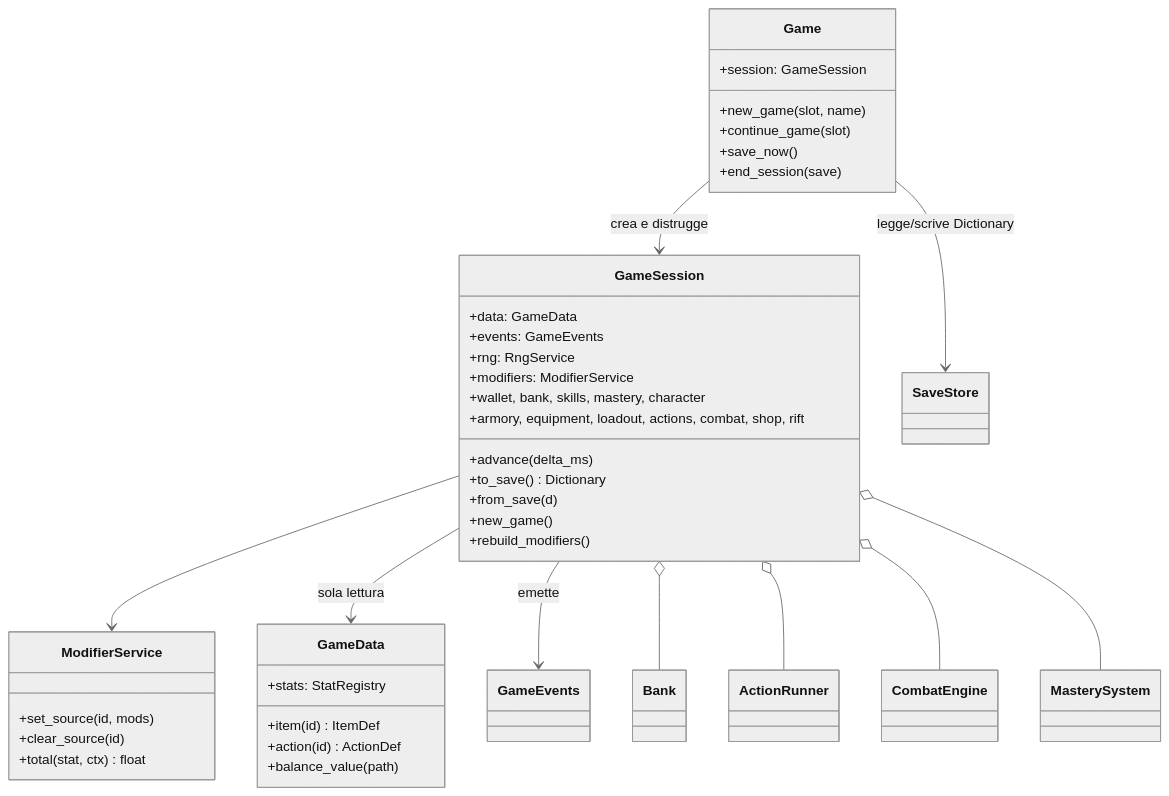
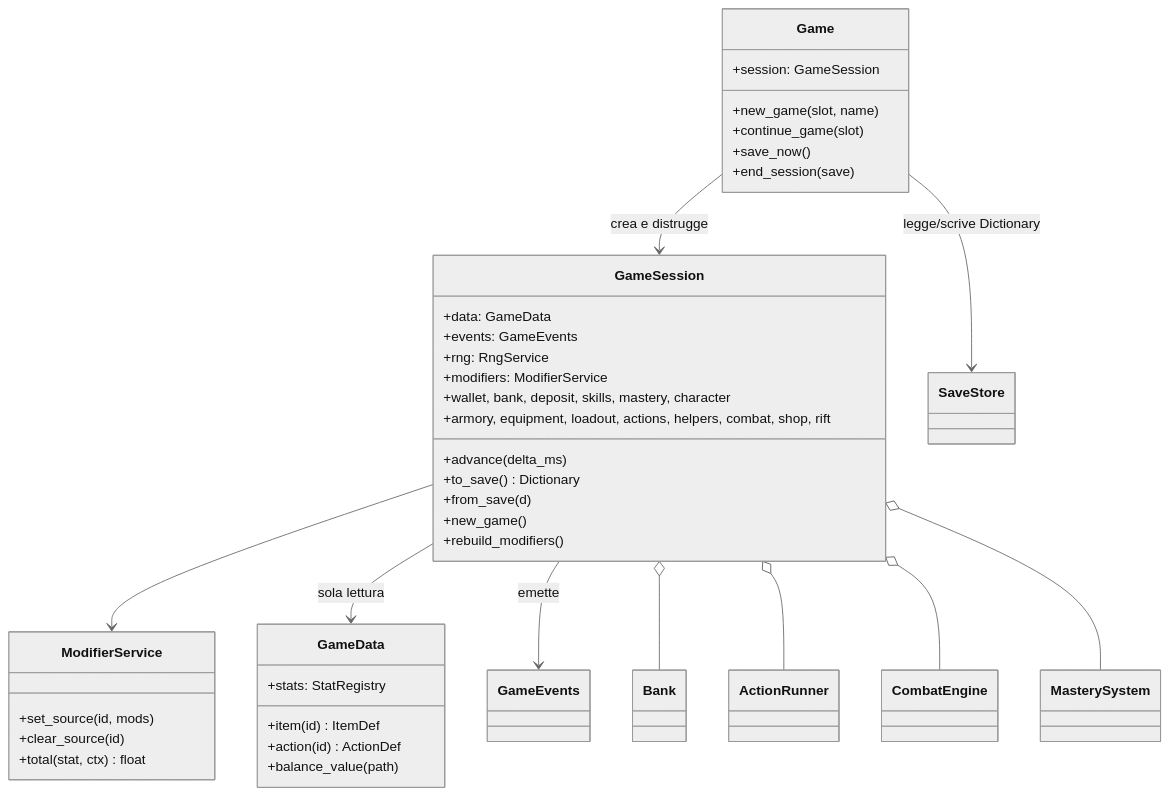
One commit to BriLaLaLa/Rifstone-Saga---Melvor changed the first of 6 diagrams in docs/03_ARCHITECTURE.md. Above: the diagram before and after it, drawn with Mermaid (neutral theme). The commit also changed other lines of this file and 12 other files, not shown here.

````diff
--- a/docs/03_ARCHITECTURE.md
+++ b/docs/03_ARCHITECTURE.md
@@ -118,43 +120,43 @@
 ```mermaid
 classDiagram
     class Game {
       +session: GameSession
       +new_game(slot, name)
       +continue_game(slot)
       +save_now()
       +end_session(save)
     }
     class GameSession {
       +data: GameData
       +events: GameEvents
       +rng: RngService
       +modifiers: ModifierService
-      +wallet, bank, skills, mastery, character
-      +armory, equipment, loadout, actions, combat, shop, rift
+      +wallet, bank, deposit, skills, mastery, character
+      +armory, equipment, loadout, actions, helpers, combat, shop, rift
       +advance(delta_ms)
       +to_save() Dictionary
       +from_save(d)
       +new_game()
       +rebuild_modifiers()
     }
     class ModifierService {
       +set_source(id, mods)
       +clear_source(id)
       +total(stat, ctx) float
     }
     class GameData {
       +item(id) ItemDef
       +action(id) ActionDef
       +balance_value(path)
       +stats: StatRegistry
     }
     Game --> GameSession : crea e distrugge
     Game --> SaveStore : legge/scrive Dictionary
     GameSession --> ModifierService
     GameSession --> GameData : sola lettura
     GameSession --> GameEvents : emette
     GameSession o-- Bank
     GameSession o-- ActionRunner
     GameSession o-- CombatEngine
     GameSession o-- MasterySystem
 ```
````
